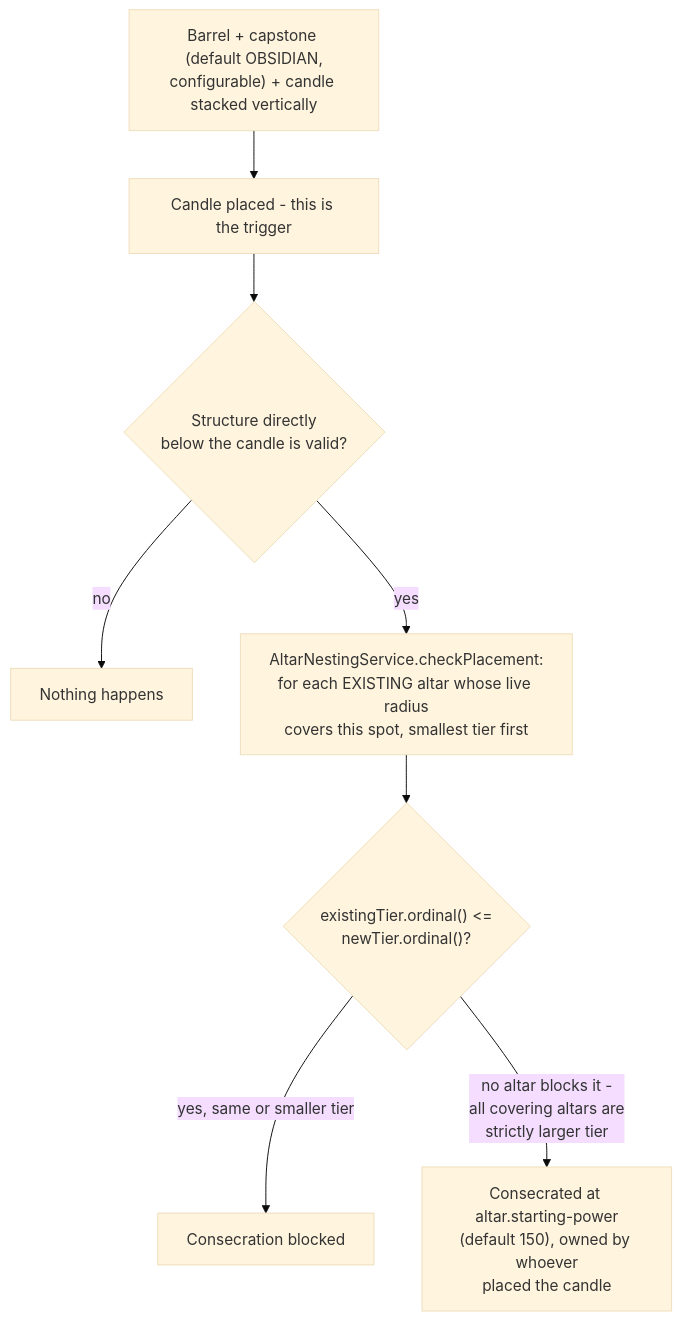
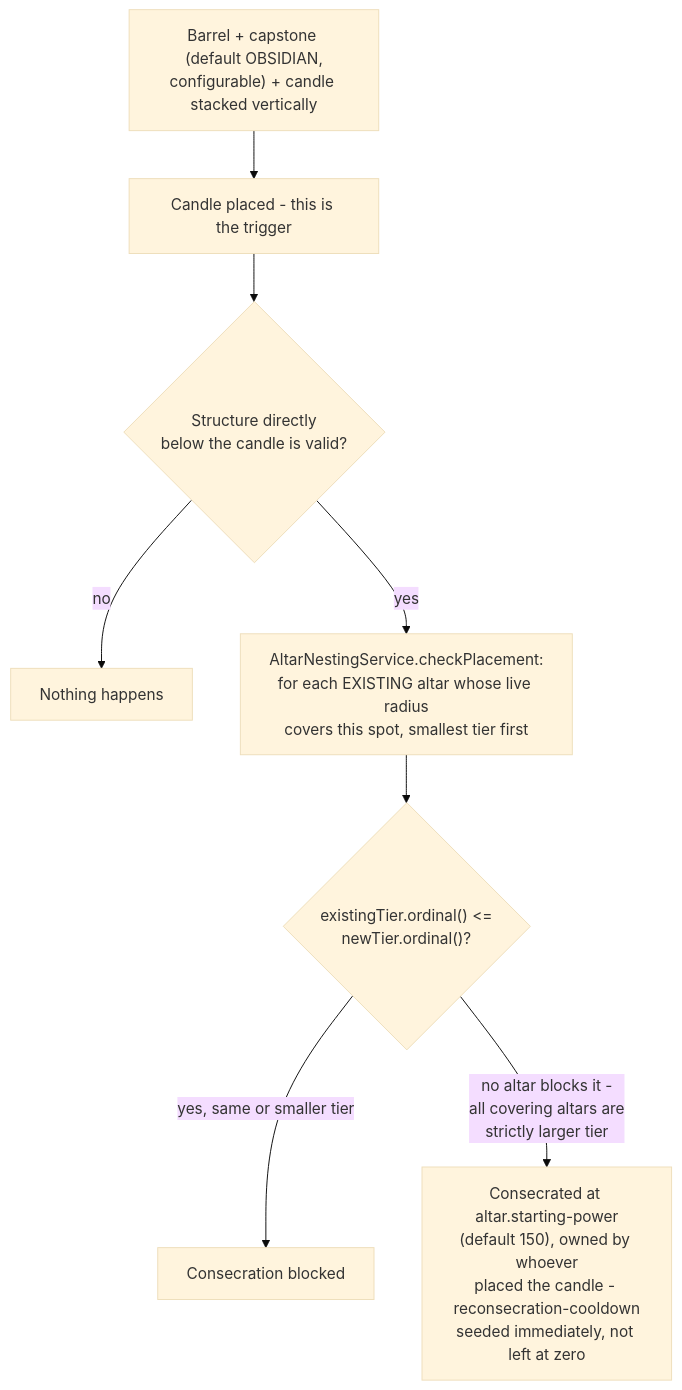
Before and after one commit to philbgarner/oathbound: the first of 3 diagrams in docs/altar.md, drawn with Mermaid (base theme). The commit also changed other lines of this file and 29 other files, not shown here.

````diff
--- a/docs/altar.md
+++ b/docs/altar.md
@@ -8,10 +8,10 @@
 ```mermaid
 flowchart TD
     Stack["Barrel + capstone (default OBSIDIAN,\nconfigurable) + candle stacked vertically"] --> PlaceCandle["Candle placed - this is the trigger"]
     PlaceCandle --> StructureCheck{Structure directly\nbelow the candle is valid?}
     StructureCheck -->|no| NoOp[Nothing happens]
     StructureCheck -->|yes| NestingCheck["AltarNestingService.checkPlacement:\nfor each EXISTING altar whose live radius\ncovers this spot, smallest tier first"]
     NestingCheck --> TierCompare{"existingTier.ordinal() &lt;=\nnewTier.ordinal()?"}
     TierCompare -->|yes, same or smaller tier| Blocked["Consecration blocked"]
-    TierCompare -->|"no altar blocks it -\nall covering altars are\nstrictly larger tier"| Consecrate["Consecrated at altar.starting-power\n(default 150), owned by whoever\nplaced the candle"]
+    TierCompare -->|"no altar blocks it -\nall covering altars are\nstrictly larger tier"| Consecrate["Consecrated at altar.starting-power\n(default 150), owned by whoever\nplaced the candle - reconsecration-cooldown\nseeded immediately, not left at zero"]
 ```
````
